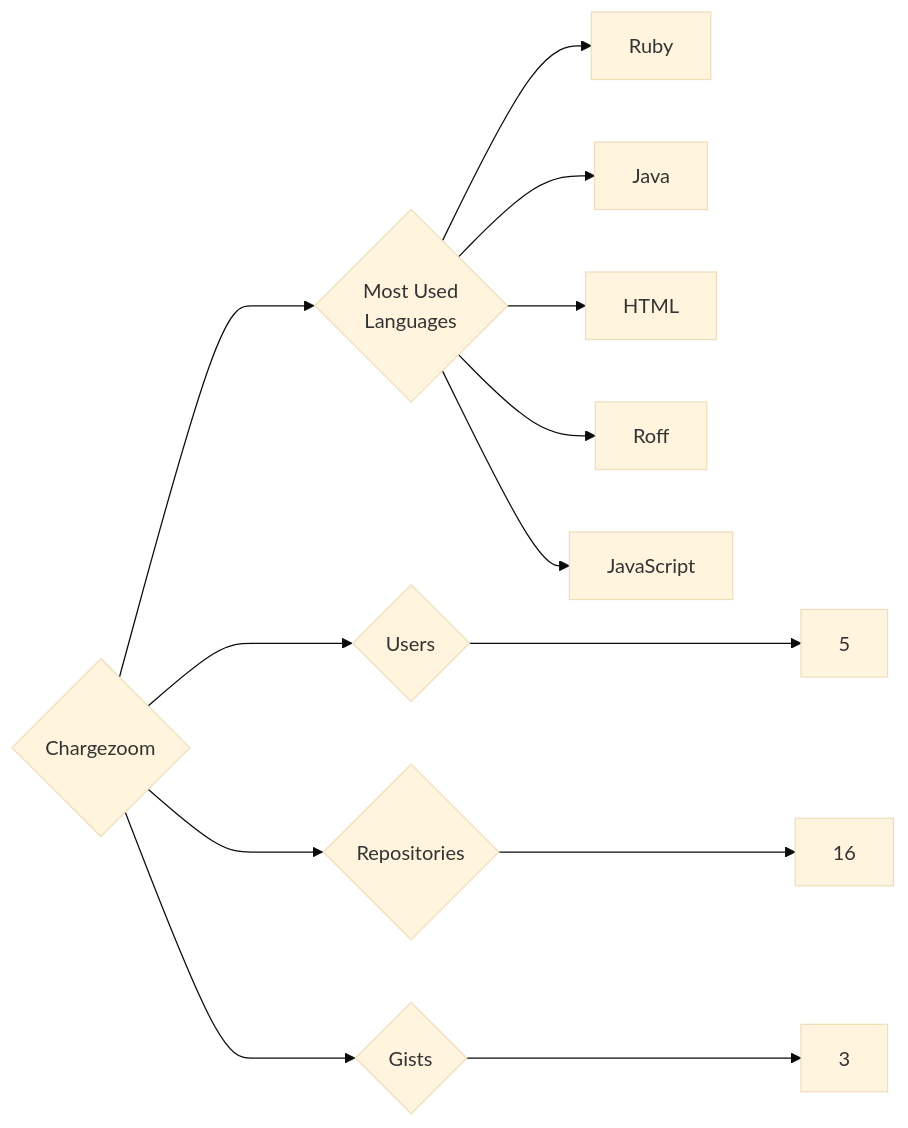
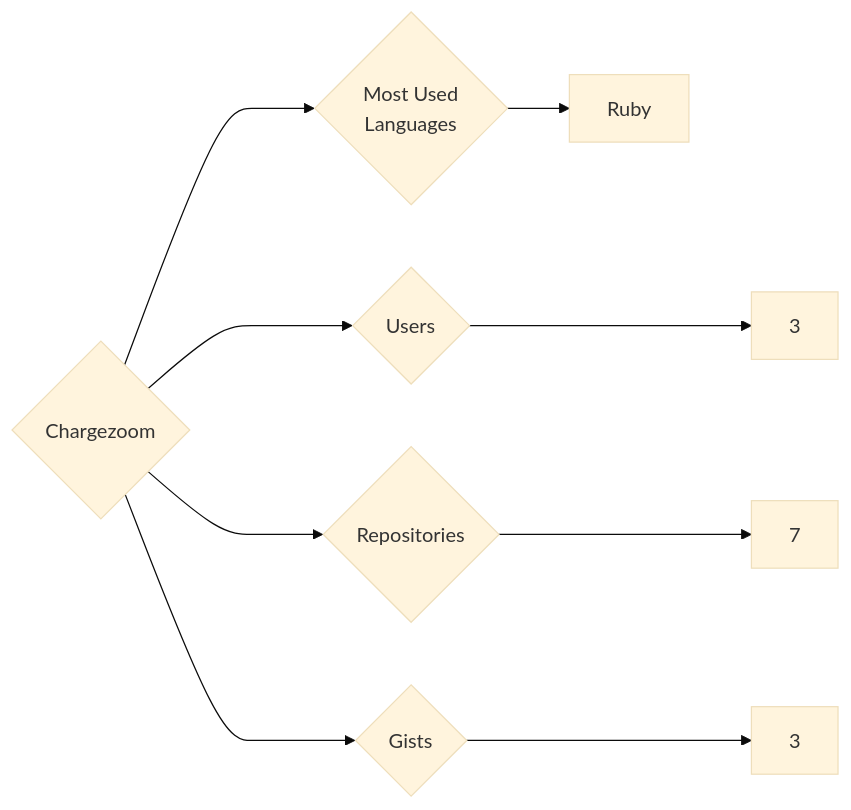
Before and after one commit to trickest/insiders: the diagram in targets/Chargezoom/README.md, drawn with Mermaid (base theme). The commit also changed 857 other files, not shown here.

````diff
--- a/targets/Chargezoom/README.md
+++ b/targets/Chargezoom/README.md
@@ -3,13 +3,9 @@
 ```mermaid
 graph LR
 COMPANY_NAME{Chargezoom}
-COMPANY_NAME ---> U{Users} ---> UN[5]
-COMPANY_NAME ---> R{Repositories} ---> RN[16]
+COMPANY_NAME ---> U{Users} ---> UN[3]
+COMPANY_NAME ---> R{Repositories} ---> RN[7]
 COMPANY_NAME ---> G{Gists} ---> GN[3]
 COMPANY_NAME ---> ML{Most Used<br>Languages}
 ML --> Ruby[Ruby]
-ML --> Java[Java]
-ML --> HTML[HTML]
-ML --> Roff[Roff]
-ML --> JavaScript[JavaScript]
 ```
````
